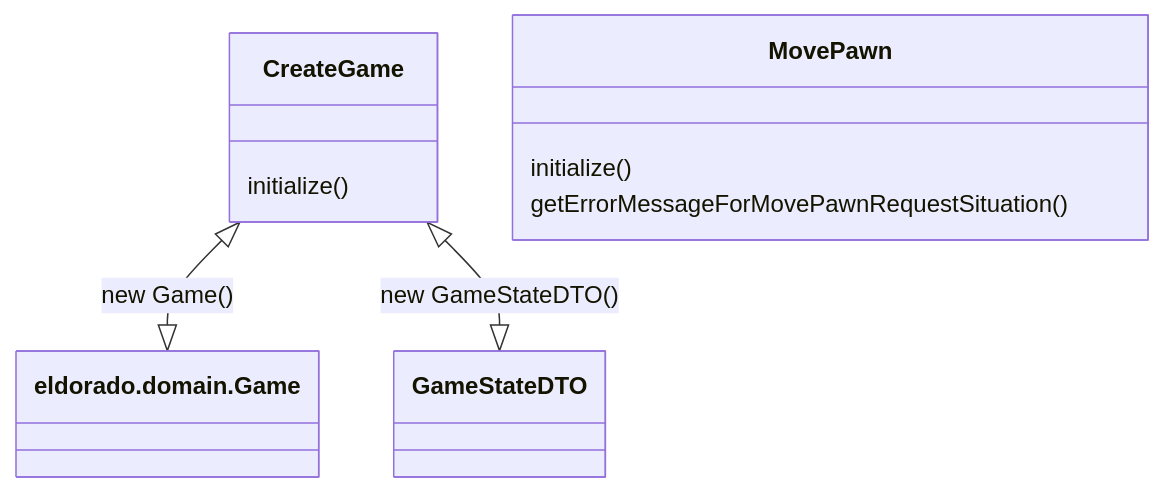
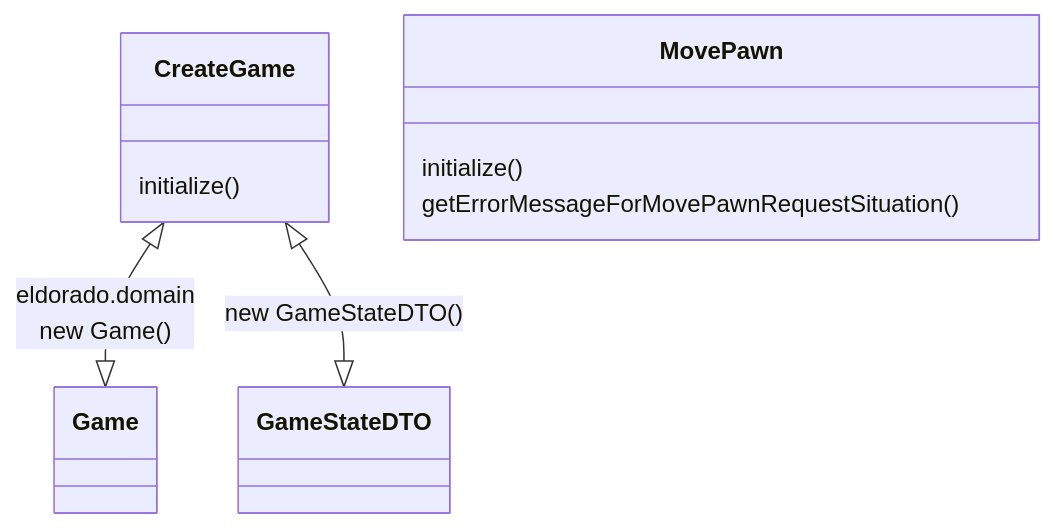
Before and after one commit to stijnlinderman/eldorado: the fifth of 7 diagrams in ARCHITECTURE.md, drawn with Mermaid.

````diff
--- a/ARCHITECTURE.md
+++ b/ARCHITECTURE.md
@@ -64,9 +64,9 @@
 ```mermaid
 classDiagram
-	CreateGame <|--|> eldorado.domain.Game: new Game()
+	CreateGame <|--|> Game: eldorado.domain<br>new Game()
 	CreateGame <|--|> GameStateDTO: new GameStateDTO()
 	CreateGame : initialize()
 	class MovePawn
 	MovePawn : initialize()
 	MovePawn : getErrorMessageForMovePawnRequestSituation()
 ```
````
